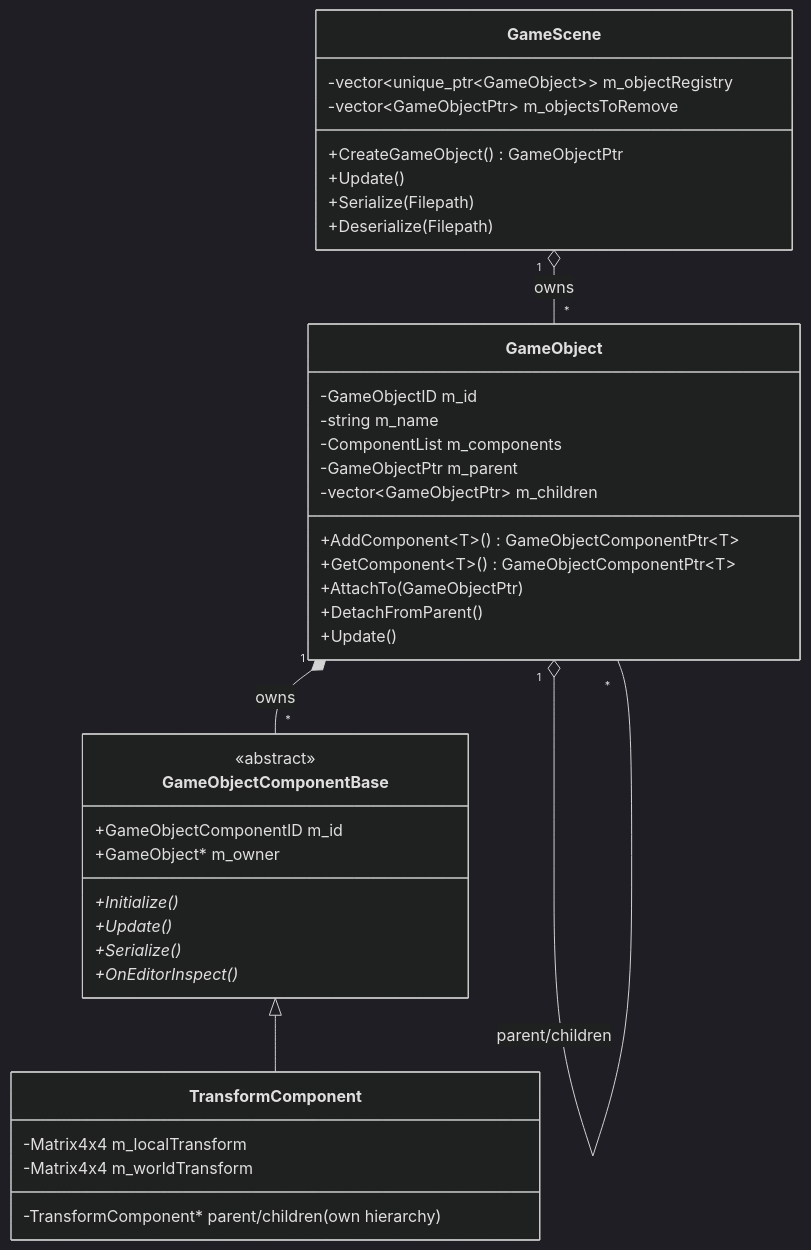
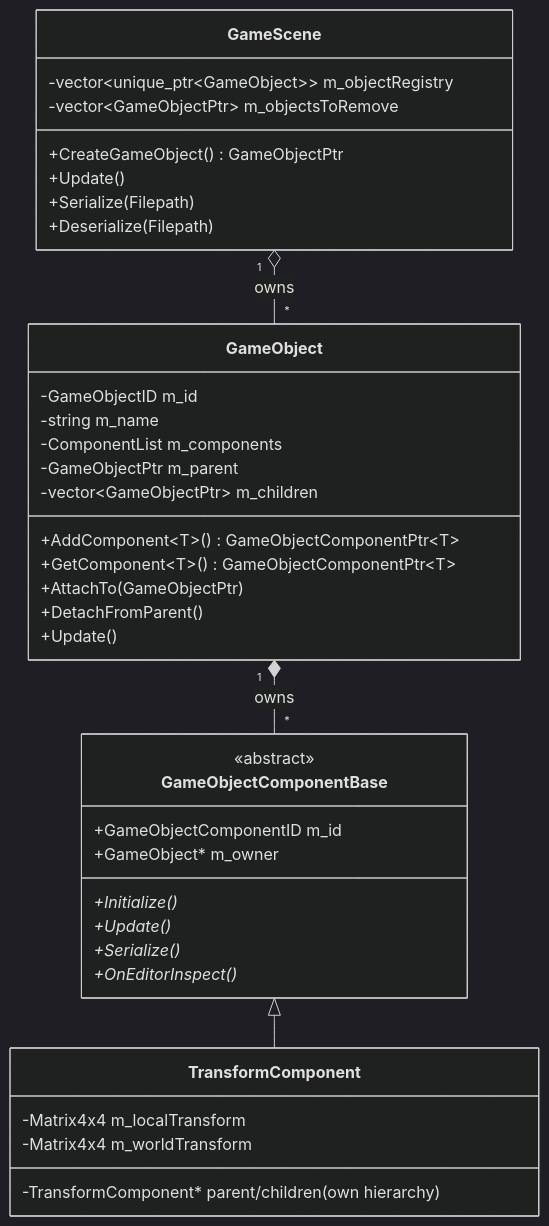
The diagram in Docs/Generated/Engine/03-SceneAndGameObjects/Scene-And-GameObject-Model.md (b1nary0/RZE), drawn with Mermaid (dark theme) before and after one commit. The commit also changed 21 other files, not shown here.

First line of the commit message:
Fix diagrams that failed to render or hid their own text

````diff
--- a/Docs/Generated/Engine/03-SceneAndGameObjects/Scene-And-GameObject-Model.md
+++ b/Docs/Generated/Engine/03-SceneAndGameObjects/Scene-And-GameObject-Model.md
@@ -45,42 +45,41 @@
 ```mermaid
 classDiagram
     class GameScene {
         -vector~unique_ptr~GameObject~~ m_objectRegistry
         -vector~GameObjectPtr~ m_objectsToRemove
         +CreateGameObject() GameObjectPtr
         +Update()
         +Serialize(Filepath)
         +Deserialize(Filepath)
     }
     class GameObject {
         -GameObjectID m_id
         -string m_name
         -ComponentList m_components
         -GameObjectPtr m_parent
         -vector~GameObjectPtr~ m_children
         +AddComponent~T~() GameObjectComponentPtr~T~
         +GetComponent~T~() GameObjectComponentPtr~T~
         +AttachTo(GameObjectPtr)
         +DetachFromParent()
         +Update()
     }
     class GameObjectComponentBase {
         <<abstract>>
         +GameObjectComponentID m_id
         +GameObject* m_owner
         +Initialize()*
         +Update()*
         +Serialize()*
         +OnEditorInspect()*
     }
     class TransformComponent {
         -Matrix4x4 m_localTransform
         -Matrix4x4 m_worldTransform
         -TransformComponent* parent/children (own hierarchy)
     }
 
     GameScene "1" o-- "*" GameObject : owns
     GameObject "1" *-- "*" GameObjectComponentBase : owns
-    GameObject "1" o-- "*" GameObject : parent/children
     GameObjectComponentBase <|-- TransformComponent
 ```
````
